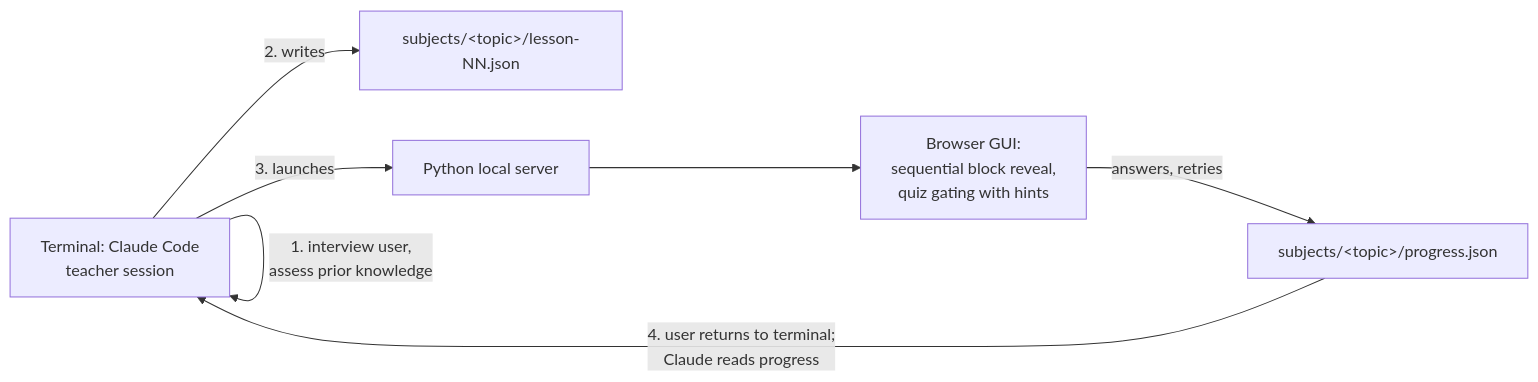
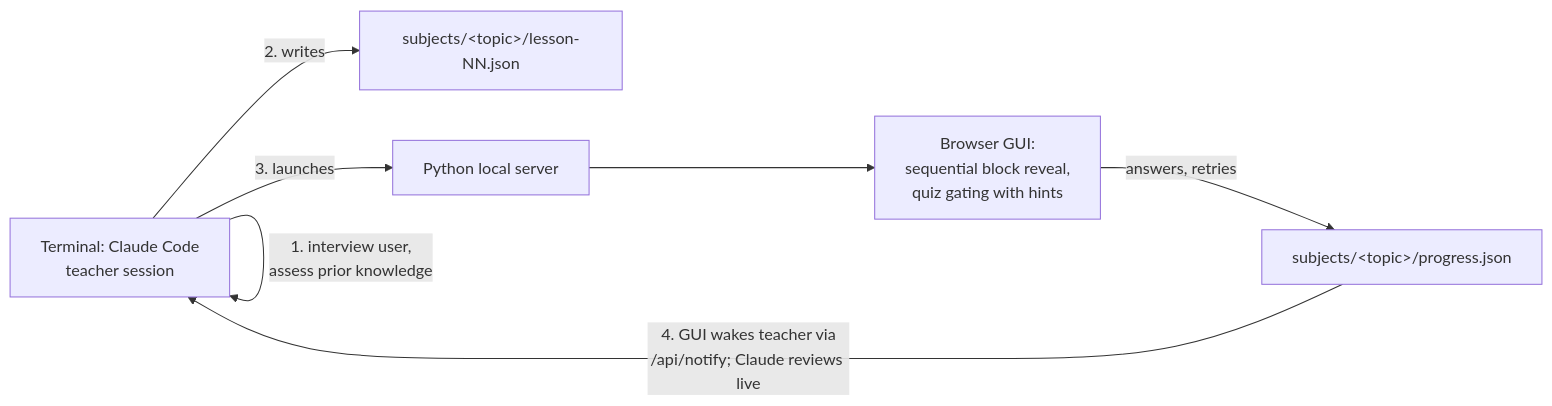
Before and after one commit to mkali-personal/kalilmod: the diagram in CLAUDE.md, drawn with Mermaid. The commit also changed other lines of this file and 9 other files, not shown here.

````diff
--- a/CLAUDE.md
+++ b/CLAUDE.md
@@ -26,9 +26,9 @@
 ```mermaid
 flowchart LR
     A[Terminal: Claude Code<br>teacher session] -->|1. interview user,<br>assess prior knowledge| A
     A -->|2. writes| B["subjects/&lt;topic&gt;/lesson-NN.json"]
     A -->|3. launches| C[Python local server]
     C --> D[Browser GUI:<br>sequential block reveal,<br>quiz gating with hints]
     D -->|answers, retries| E["subjects/&lt;topic&gt;/progress.json"]
-    E -->|4. user returns to terminal;<br>Claude reads progress| A
+    E -->|4. GUI wakes teacher via<br>/api/notify; Claude reviews live| A
 ```
````
